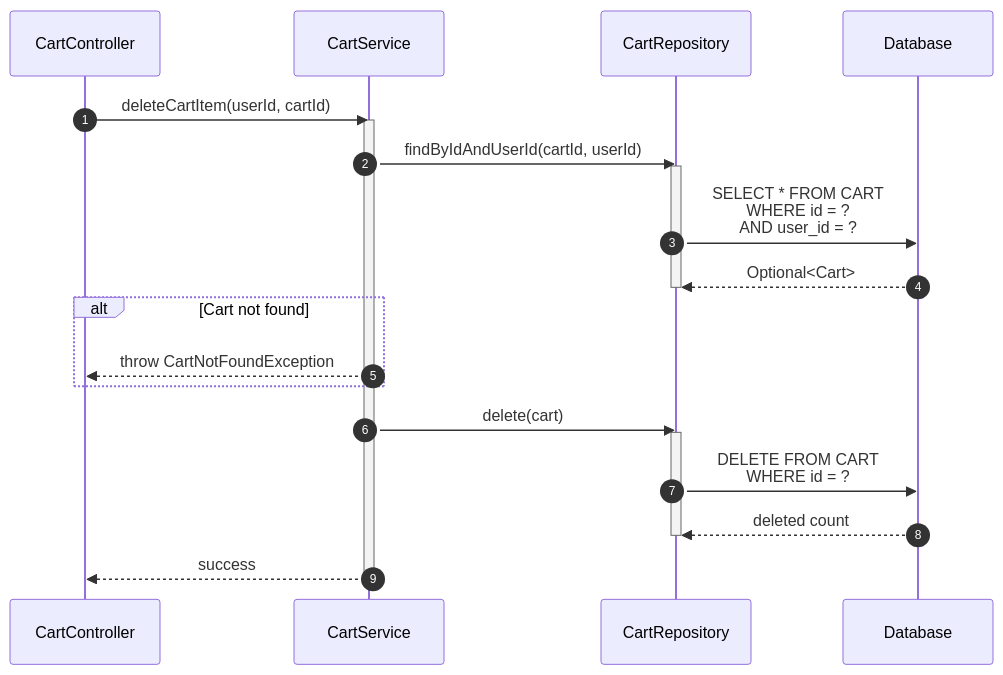
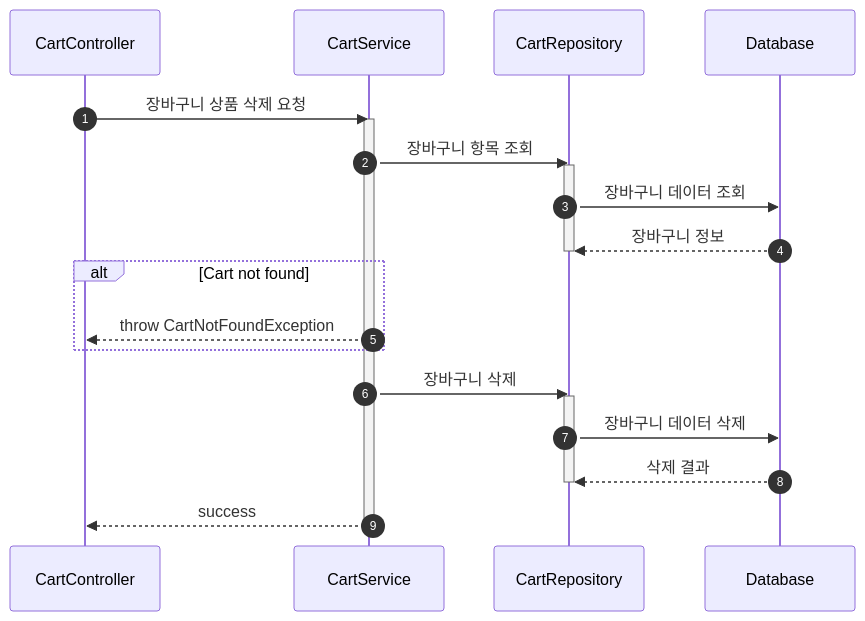
The seventh of 16 diagrams in docs/api/api-specification.md (hye-ung97/hh-e-commerce), drawn with Mermaid before and after one commit. The commit also changed other lines of this file, not shown here.

Commit message:
fix: 시퀀스 다이어그램에서 함수 이름 -> 설명으로 변경

````diff
--- a/docs/api/api-specification.md
+++ b/docs/api/api-specification.md
@@ -357,30 +357,30 @@
 ```mermaid
 sequenceDiagram
     autonumber
     participant C as CartController
     participant S as CartService
     participant CR as CartRepository
     participant DB as Database
 
-    C->>S: deleteCartItem(userId, cartId)
+    C->>S: 장바구니 상품 삭제 요청
     activate S
 
-    S->>CR: findByIdAndUserId(cartId, userId)
+    S->>CR: 장바구니 항목 조회
     activate CR
-    CR->>DB: SELECT * FROM CART<br/>WHERE id = ?<br/>AND user_id = ?
-    DB-->>CR: Optional<Cart>
+    CR->>DB: 장바구니 데이터 조회
+    DB-->>CR: 장바구니 정보
     deactivate CR
 
     alt Cart not found
         S-->>C: throw CartNotFoundException
     end
 
-    S->>CR: delete(cart)
+    S->>CR: 장바구니 삭제
     activate CR
-    CR->>DB: DELETE FROM CART<br/>WHERE id = ?
-    DB-->>CR: deleted count
+    CR->>DB: 장바구니 데이터 삭제
+    DB-->>CR: 삭제 결과
     deactivate CR
 
     S-->>C: success
     deactivate S
 ```
````
